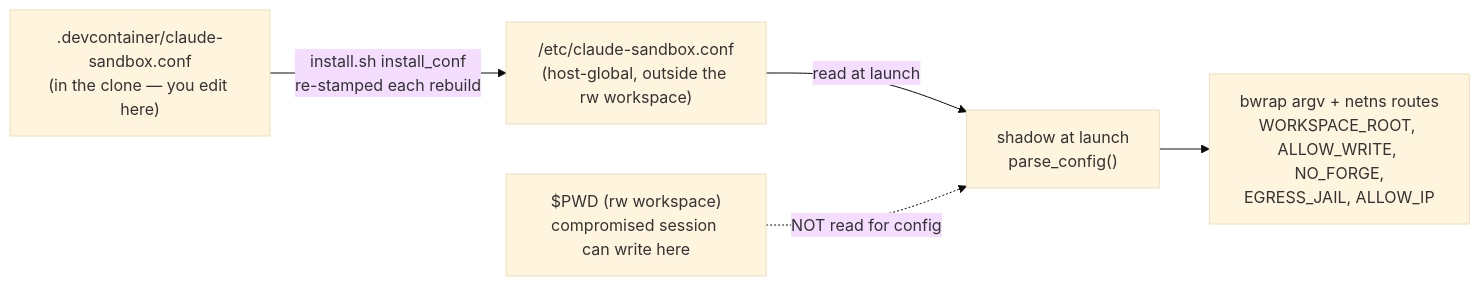
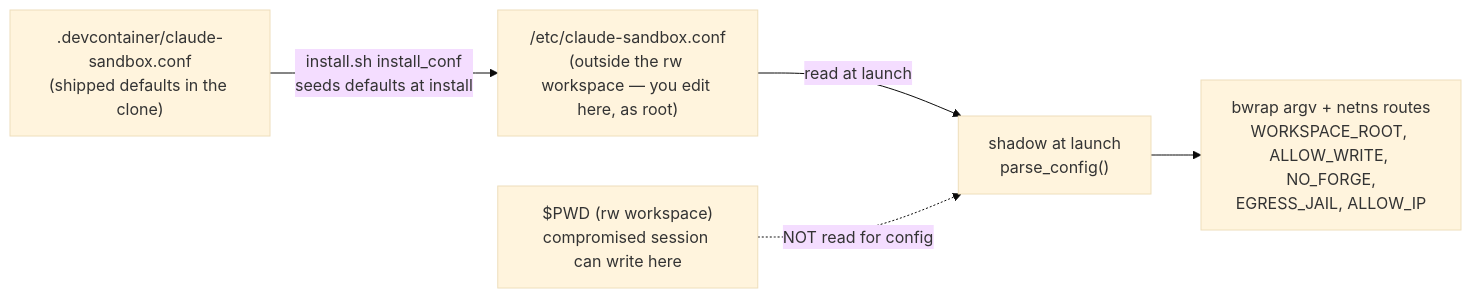
Before and after one commit to DiamondLightSource/claude-sandbox: the fifth of 5 diagrams in docs/explanations/architecture.md, drawn with Mermaid (base theme). The commit also changed other lines of this file and 6 other files, not shown here.

First line of the commit message:
docs: conf changes edit /etc/claude-sandbox.conf directly

````diff
--- a/docs/explanations/architecture.md
+++ b/docs/explanations/architecture.md
@@ -289,14 +291,14 @@
 ```{mermaid}
 graph LR
-    clone[".devcontainer/claude-sandbox.conf<br/>(in the clone — you edit here)"]
-    etc["/etc/claude-sandbox.conf<br/>(host-global, outside the rw workspace)"]
+    clone[".devcontainer/claude-sandbox.conf<br/>(shipped defaults in the clone)"]
+    etc["/etc/claude-sandbox.conf<br/>(outside the rw workspace — you edit here, as root)"]
     shadow["shadow at launch<br/>parse_config()"]
     argv["bwrap argv + netns routes<br/>WORKSPACE_ROOT, ALLOW_WRITE, NO_FORGE,<br/>EGRESS_JAIL, ALLOW_IP"]
 
-    clone -->|install.sh install_conf<br/>re-stamped each rebuild| etc
+    clone -->|install.sh install_conf<br/>seeds defaults at install| etc
     etc -->|read at launch| shadow
     shadow --> argv
 
     pwd["$PWD (rw workspace)<br/>compromised session can write here"]
     pwd -. NOT read for config .-> shadow
 ```
````
